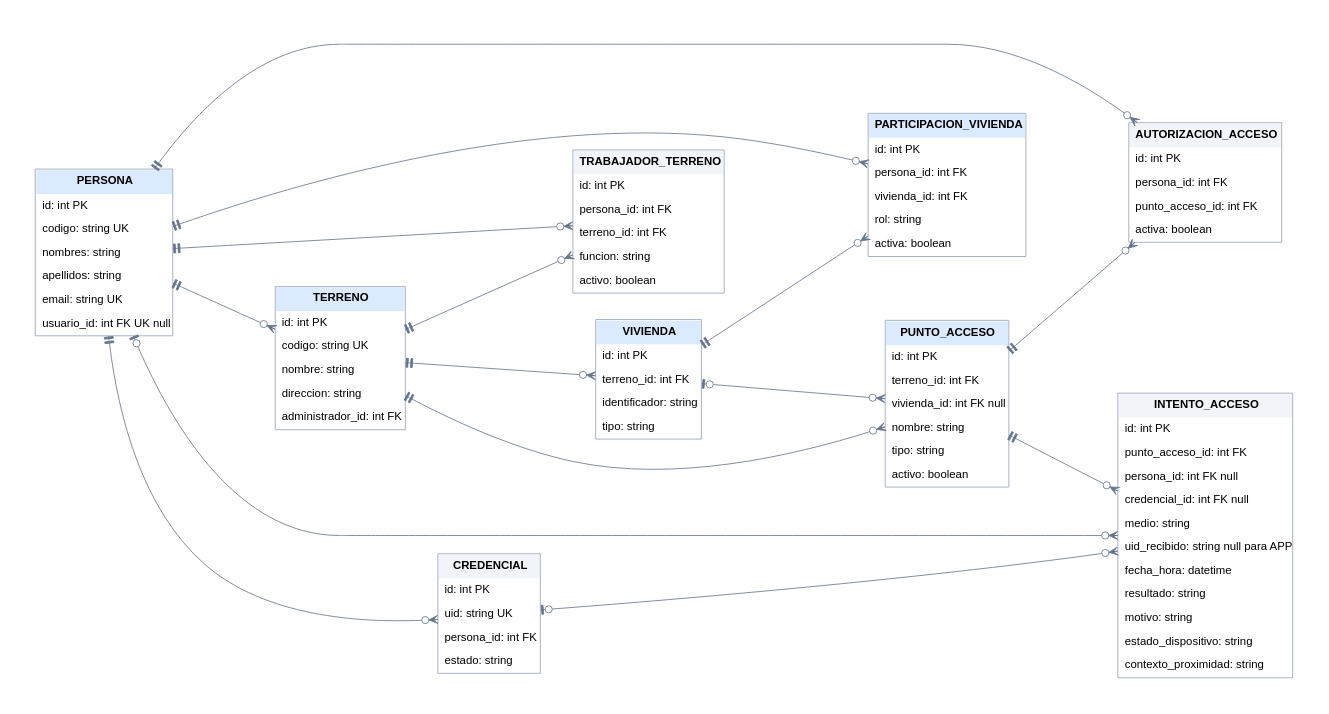
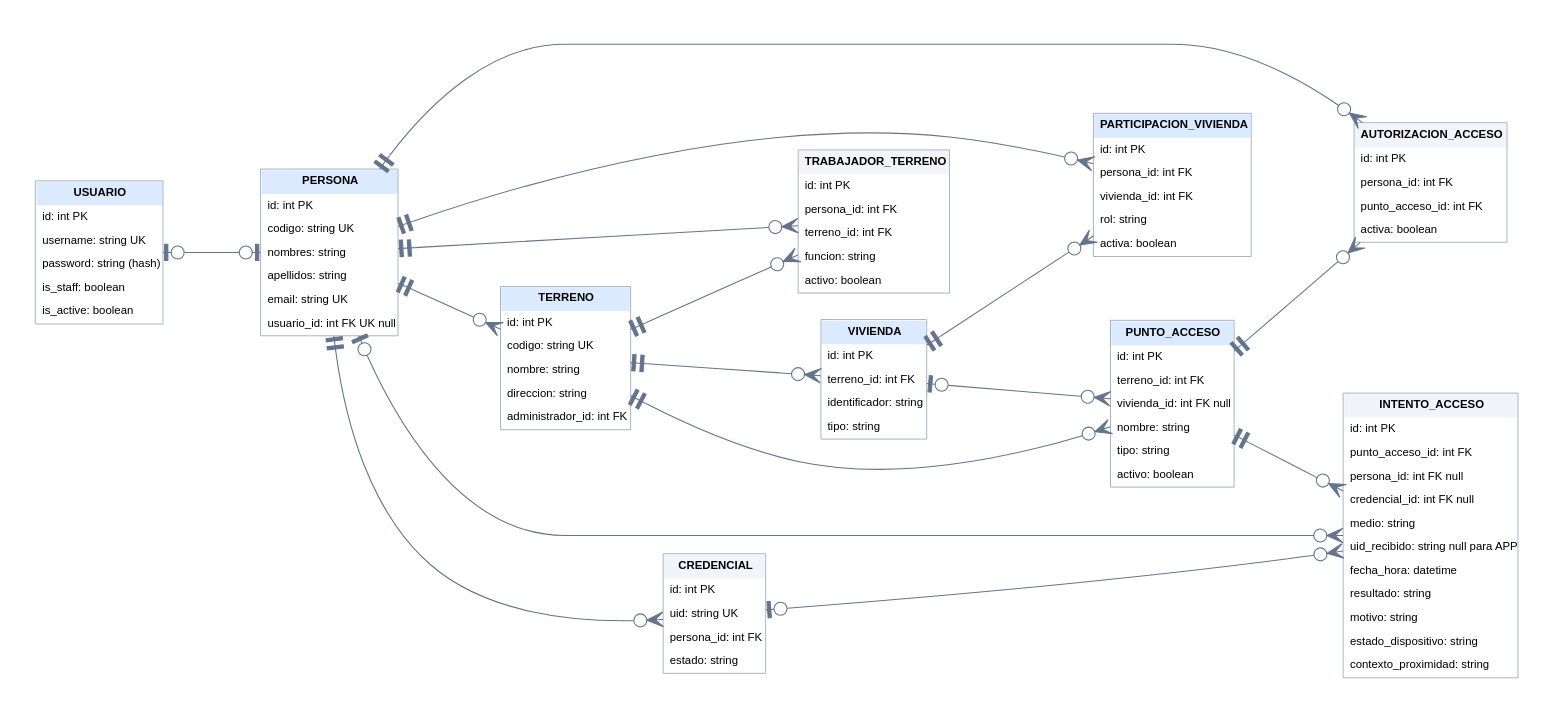
The diagram in er/diagrama_er_v1.dot (amaruprog14/smartconnect), drawn with Graphviz before and after one commit. The commit also changed 3 other files, not shown here.

First line of the commit message:
Actualiza el ER con la entidad USUARIO

```diff
--- a/er/diagrama_er_v1.dot
+++ b/er/diagrama_er_v1.dot
@@ -1,29 +1,33 @@
 digraph ER {
 graph [rankdir=LR, bgcolor="white", pad="0.5", nodesep="0.45", ranksep="1.1", fontname="Arial"];
 node [shape=plain, fontname="Arial"];
 // Las etiquetas de las relaciones solo ayudan a distribuir el diagrama: son transparentes.
-edge [fontname="Arial", fontsize=10, color="#64748b", fontcolor="transparent", dir=both, arrowsize=1.1];
+edge [penwidth=1.3, fontname="Arial", fontsize=10, color="#64748b", fontcolor="transparent", dir=both, arrowsize=2];
+// USUARIO es la cuenta de login (auth_user de Django). El rol NO va aqui: vive en PARTICIPACION_VIVIENDA.
+USUARIO [label=<<TABLE BORDER="1" CELLBORDER="0" CELLSPACING="0" CELLPADDING="7" COLOR="#94a3b8"><TR><TD BGCOLOR="#dbeafe"><B>USUARIO</B></TD></TR><TR><TD ALIGN="LEFT">id: int PK</TD></TR><TR><TD ALIGN="LEFT">username: string UK</TD></TR><TR><TD ALIGN="LEFT">password: string (hash)</TD></TR><TR><TD ALIGN="LEFT">is_staff: boolean</TD></TR><TR><TD ALIGN="LEFT">is_active: boolean</TD></TR></TABLE>>];
 PERSONA [label=<<TABLE BORDER="1" CELLBORDER="0" CELLSPACING="0" CELLPADDING="7" COLOR="#94a3b8"><TR><TD BGCOLOR="#dbeafe"><B>PERSONA</B></TD></TR><TR><TD ALIGN="LEFT">id: int PK</TD></TR><TR><TD ALIGN="LEFT">codigo: string UK</TD></TR><TR><TD ALIGN="LEFT">nombres: string</TD></TR><TR><TD ALIGN="LEFT">apellidos: string</TD></TR><TR><TD ALIGN="LEFT">email: string UK</TD></TR><TR><TD ALIGN="LEFT">usuario_id: int FK UK null</TD></TR></TABLE>>];
 TERRENO [label=<<TABLE BORDER="1" CELLBORDER="0" CELLSPACING="0" CELLPADDING="7" COLOR="#94a3b8"><TR><TD BGCOLOR="#dbeafe"><B>TERRENO</B></TD></TR><TR><TD ALIGN="LEFT">id: int PK</TD></TR><TR><TD ALIGN="LEFT">codigo: string UK</TD></TR><TR><TD ALIGN="LEFT">nombre: string</TD></TR><TR><TD ALIGN="LEFT">direccion: string</TD></TR><TR><TD ALIGN="LEFT">administrador_id: int FK</TD></TR></TABLE>>];
 VIVIENDA [label=<<TABLE BORDER="1" CELLBORDER="0" CELLSPACING="0" CELLPADDING="7" COLOR="#94a3b8"><TR><TD BGCOLOR="#dbeafe"><B>VIVIENDA</B></TD></TR><TR><TD ALIGN="LEFT">id: int PK</TD></TR><TR><TD ALIGN="LEFT">terreno_id: int FK</TD></TR><TR><TD ALIGN="LEFT">identificador: string</TD></TR><TR><TD ALIGN="LEFT">tipo: string</TD></TR></TABLE>>];
 PARTICIPACION_VIVIENDA [label=<<TABLE BORDER="1" CELLBORDER="0" CELLSPACING="0" CELLPADDING="7" COLOR="#94a3b8"><TR><TD BGCOLOR="#dbeafe"><B>PARTICIPACION_VIVIENDA</B></TD></TR><TR><TD ALIGN="LEFT">id: int PK</TD></TR><TR><TD ALIGN="LEFT">persona_id: int FK</TD></TR><TR><TD ALIGN="LEFT">vivienda_id: int FK</TD></TR><TR><TD ALIGN="LEFT">rol: string</TD></TR><TR><TD ALIGN="LEFT">activa: boolean</TD></TR></TABLE>>];
 TRABAJADOR_TERRENO [label=<<TABLE BORDER="1" CELLBORDER="0" CELLSPACING="0" CELLPADDING="7" COLOR="#94a3b8"><TR><TD BGCOLOR="#f1f5f9"><B>TRABAJADOR_TERRENO</B></TD></TR><TR><TD ALIGN="LEFT">id: int PK</TD></TR><TR><TD ALIGN="LEFT">persona_id: int FK</TD></TR><TR><TD ALIGN="LEFT">terreno_id: int FK</TD></TR><TR><TD ALIGN="LEFT">funcion: string</TD></TR><TR><TD ALIGN="LEFT">activo: boolean</TD></TR></TABLE>>];
 CREDENCIAL [label=<<TABLE BORDER="1" CELLBORDER="0" CELLSPACING="0" CELLPADDING="7" COLOR="#94a3b8"><TR><TD BGCOLOR="#f1f5f9"><B>CREDENCIAL</B></TD></TR><TR><TD ALIGN="LEFT">id: int PK</TD></TR><TR><TD ALIGN="LEFT">uid: string UK</TD></TR><TR><TD ALIGN="LEFT">persona_id: int FK</TD></TR><TR><TD ALIGN="LEFT">estado: string</TD></TR></TABLE>>];
 PUNTO_ACCESO [label=<<TABLE BORDER="1" CELLBORDER="0" CELLSPACING="0" CELLPADDING="7" COLOR="#94a3b8"><TR><TD BGCOLOR="#dbeafe"><B>PUNTO_ACCESO</B></TD></TR><TR><TD ALIGN="LEFT">id: int PK</TD></TR><TR><TD ALIGN="LEFT">terreno_id: int FK</TD></TR><TR><TD ALIGN="LEFT">vivienda_id: int FK null</TD></TR><TR><TD ALIGN="LEFT">nombre: string</TD></TR><TR><TD ALIGN="LEFT">tipo: string</TD></TR><TR><TD ALIGN="LEFT">activo: boolean</TD></TR></TABLE>>];
 AUTORIZACION_ACCESO [label=<<TABLE BORDER="1" CELLBORDER="0" CELLSPACING="0" CELLPADDING="7" COLOR="#94a3b8"><TR><TD BGCOLOR="#f1f5f9"><B>AUTORIZACION_ACCESO</B></TD></TR><TR><TD ALIGN="LEFT">id: int PK</TD></TR><TR><TD ALIGN="LEFT">persona_id: int FK</TD></TR><TR><TD ALIGN="LEFT">punto_acceso_id: int FK</TD></TR><TR><TD ALIGN="LEFT">activa: boolean</TD></TR></TABLE>>];
 INTENTO_ACCESO [label=<<TABLE BORDER="1" CELLBORDER="0" CELLSPACING="0" CELLPADDING="7" COLOR="#94a3b8"><TR><TD BGCOLOR="#f1f5f9"><B>INTENTO_ACCESO</B></TD></TR><TR><TD ALIGN="LEFT">id: int PK</TD></TR><TR><TD ALIGN="LEFT">punto_acceso_id: int FK</TD></TR><TR><TD ALIGN="LEFT">persona_id: int FK null</TD></TR><TR><TD ALIGN="LEFT">credencial_id: int FK null</TD></TR><TR><TD ALIGN="LEFT">medio: string</TD></TR><TR><TD ALIGN="LEFT">uid_recibido: string null para APP</TD></TR><TR><TD ALIGN="LEFT">fecha_hora: datetime</TD></TR><TR><TD ALIGN="LEFT">resultado: string</TD></TR><TR><TD ALIGN="LEFT">motivo: string</TD></TR><TR><TD ALIGN="LEFT">estado_dispositivo: string</TD></TR><TR><TD ALIGN="LEFT">contexto_proximidad: string</TD></TR></TABLE>>];
+// Cuenta 0..1 por persona y persona 0..1 por cuenta (el staff puede no tener persona).
+USUARIO -> PERSONA [label="identifica", arrowtail=teeodot, arrowhead=teeodot];
 PERSONA -> TERRENO [label="administra", arrowtail=teetee, arrowhead=crowodot];
 TERRENO -> VIVIENDA [label="contiene", arrowtail=teetee, arrowhead=crowodot];
 PERSONA -> PARTICIPACION_VIVIENDA [label="participa", arrowtail=teetee, arrowhead=crowodot];
 VIVIENDA -> PARTICIPACION_VIVIENDA [label="tiene", arrowtail=teetee, arrowhead=crowodot];
 PERSONA -> TRABAJADOR_TERRENO [label="trabaja", arrowtail=teetee, arrowhead=crowodot];
 TERRENO -> TRABAJADOR_TERRENO [label="emplea", arrowtail=teetee, arrowhead=crowodot];
 PERSONA -> CREDENCIAL [label="posee", arrowtail=teetee, arrowhead=crowodot];
 TERRENO -> PUNTO_ACCESO [label="contiene", arrowtail=teetee, arrowhead=crowodot];
 VIVIENDA -> PUNTO_ACCESO [label="vincula opcionalmente", arrowtail=teeodot, arrowhead=crowodot];
 PERSONA -> AUTORIZACION_ACCESO [label="recibe", arrowtail=teetee, arrowhead=crowodot];
 PUNTO_ACCESO -> AUTORIZACION_ACCESO [label="habilita", arrowtail=teetee, arrowhead=crowodot];
 PUNTO_ACCESO -> INTENTO_ACCESO [label="registra", arrowtail=teetee, arrowhead=crowodot];
 PERSONA -> INTENTO_ACCESO [label="identificada", arrowtail=teeodot, arrowhead=crowodot];
 CREDENCIAL -> INTENTO_ACCESO [label="utilizada", arrowtail=teeodot, arrowhead=crowodot];
 }
```
